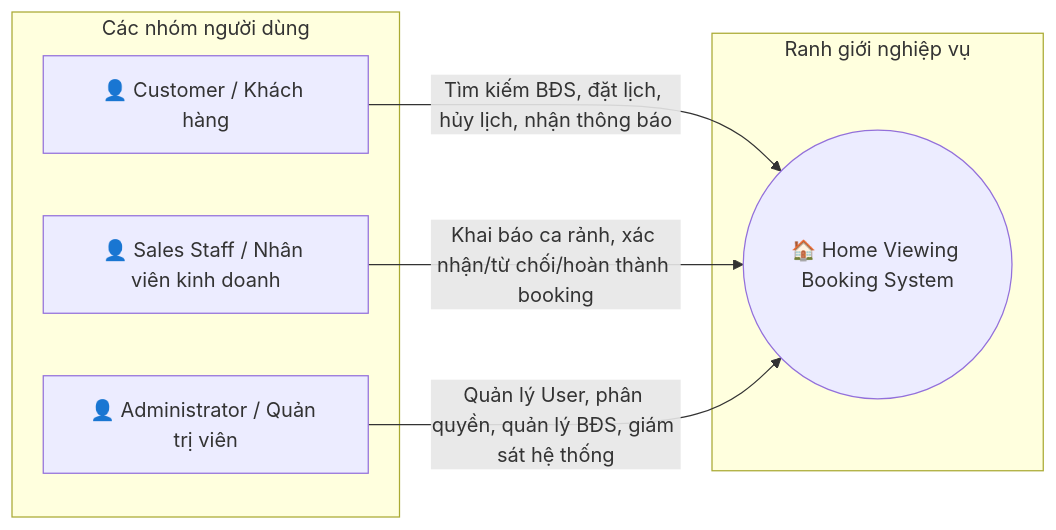
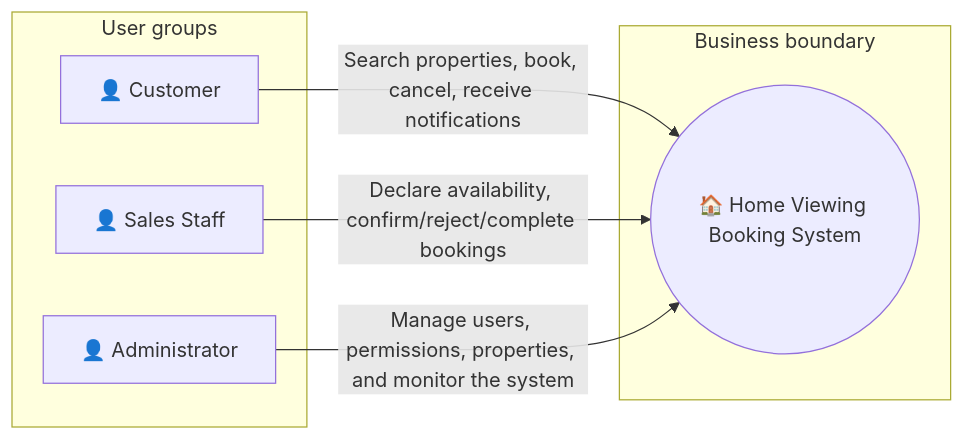
One commit to Datthachban12345/day1_tts changed the first of 7 diagrams in docs/architecture-arc42.md. Above: the diagram before and after it, drawn with Mermaid. The commit also changed other lines of this file and 1 other file, not shown here.

````diff
--- a/docs/architecture-arc42.md
+++ b/docs/architecture-arc42.md
@@ -57,16 +57,16 @@
 ```mermaid
 flowchart LR
-    subgraph Users [Các nhóm người dùng]
-        C[👤 Customer / Khách hàng]
-        S[👤 Sales Staff / Nhân viên kinh doanh]
-        A[👤 Administrator / Quản trị viên]
+    subgraph Users [User groups]
+        C[👤 Customer]
+        S[👤 Sales Staff]
+        A[👤 Administrator]
     end
 
-    subgraph System [Ranh giới nghiệp vụ]
+    subgraph System [Business boundary]
         App((🏠 Home Viewing Booking System))
     end
 
-    C -- "Tìm kiếm BĐS, đặt lịch, hủy lịch, nhận thông báo" --> App
-    S -- "Khai báo ca rảnh, xác nhận/từ chối/hoàn thành booking" --> App
-    A -- "Quản lý User, phân quyền, quản lý BĐS, giám sát hệ thống" --> App
+    C -- "Search properties, book, cancel, receive notifications" --> App
+    S -- "Declare availability, confirm/reject/complete bookings" --> App
+    A -- "Manage users, permissions, properties, and monitor the system" --> App
 ```
````
